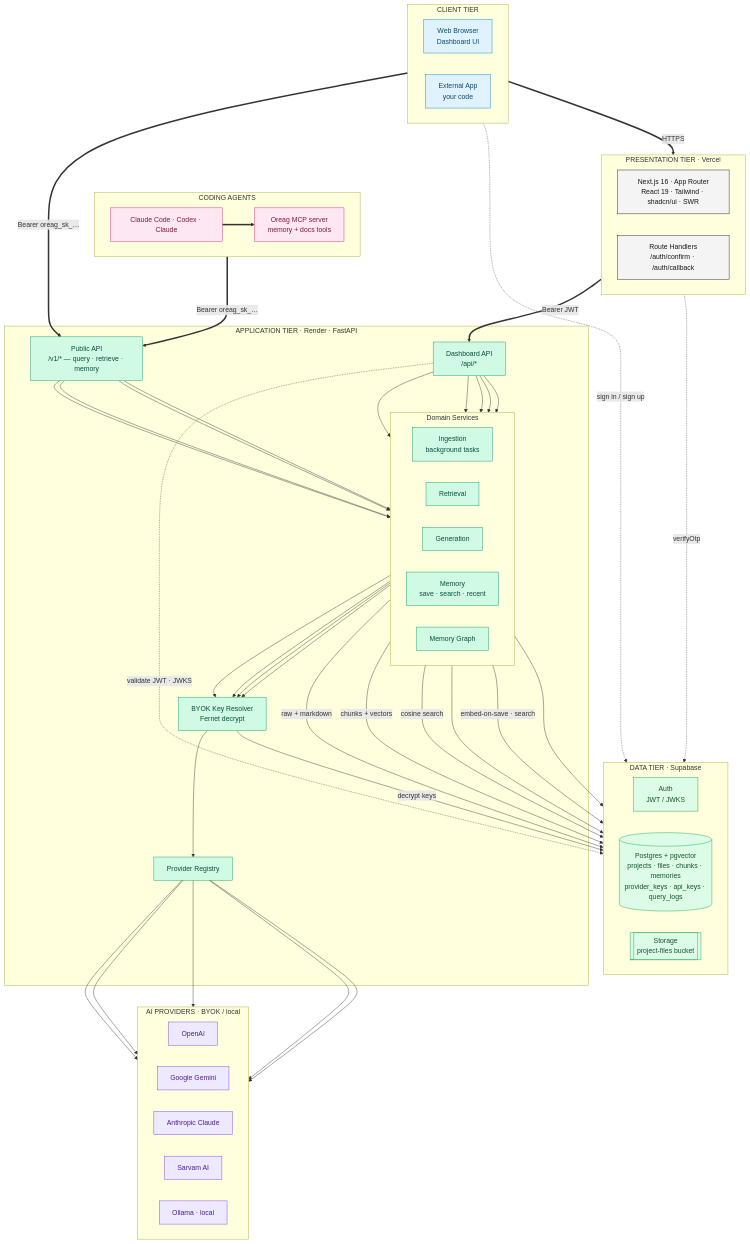
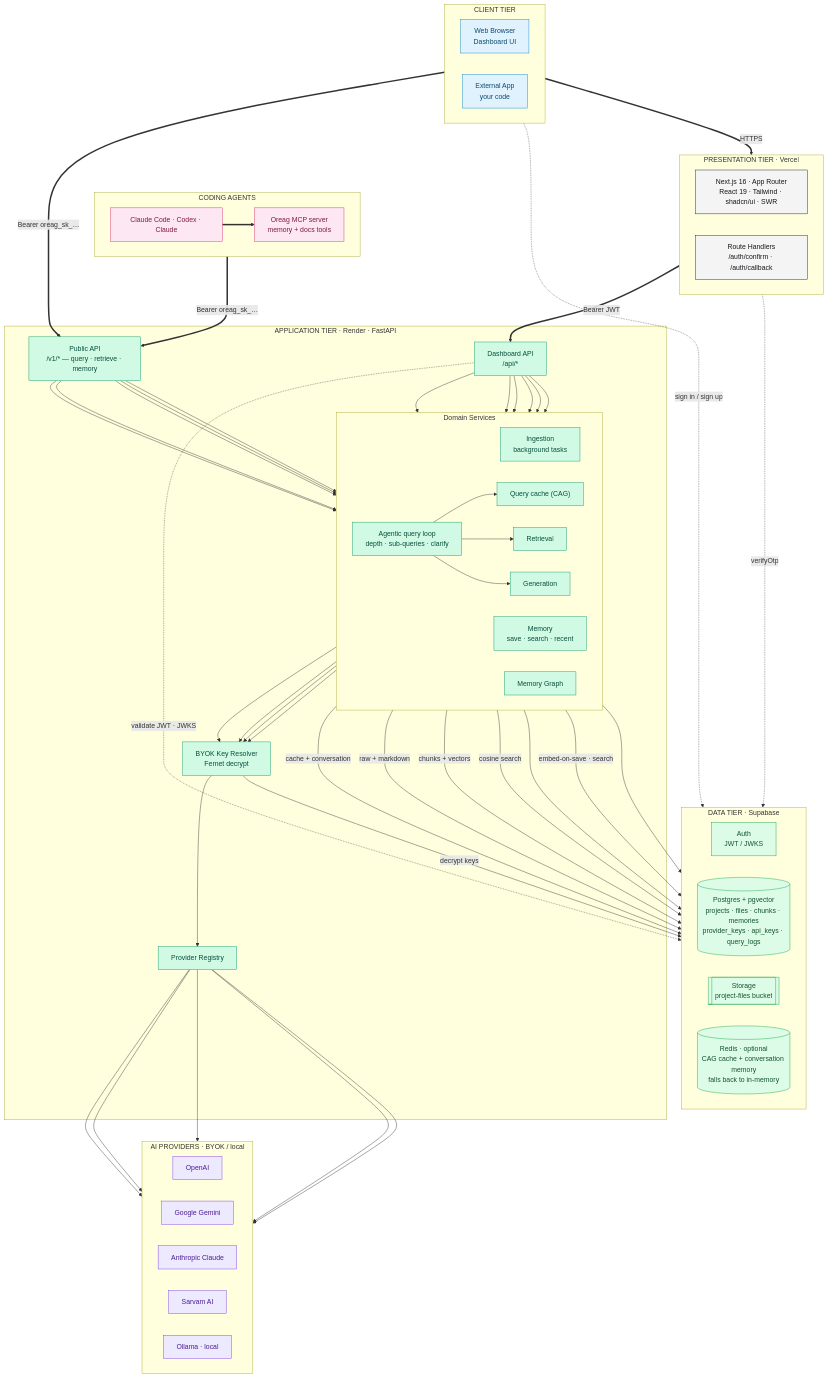
The first of 6 diagrams in FLOW.md (haroontrailblazer/Oreag), drawn with Mermaid before and after one commit. The commit also changed other lines of this file and 3 other files, not shown here.

First line of the commit message:
Enhance query endpoint with conversation memory and caching features

````diff
--- a/FLOW.md
+++ b/FLOW.md
@@ -76,6 +76,8 @@
             Ingest["Ingestion<br/>background tasks"]
             Retrieve["Retrieval"]
             Generate["Generation"]
+            Agentic["Agentic query loop<br/>depth · sub-queries · clarify"]
+            QCache["Query cache (CAG)"]
             Memory["Memory<br/>save · search · recent"]
             MemGraph["Memory Graph"]
         end
@@ -88,6 +90,7 @@
         Auth["Auth<br/>JWT / JWKS"]
         PG[("Postgres + pgvector<br/>projects · files · chunks · memories<br/>provider_keys · api_keys · query_logs")]
         Store[["Storage<br/>project-files bucket"]]
+        Redis[("Redis · optional<br/>CAG cache + conversation memory<br/>falls back to in-memory")]
     end
 
     subgraph ai["AI PROVIDERS · BYOK / local"]
@@ -112,8 +115,12 @@
     API     -.->|"validate JWT · JWKS"| Auth
 
     %% --- application fan-out ---
-    API --> Ingest & Retrieve & Generate & Memory & MemGraph
-    PublicAPI --> Retrieve & Generate & Memory & MemGraph
+    API --> Ingest & Retrieve & Generate & Agentic & Memory & MemGraph
+    PublicAPI --> Retrieve & Generate & Agentic & Memory & MemGraph
+
+    %% --- agentic query loop + CAG cache ---
+    Agentic --> QCache & Retrieve & Generate
+    QCache -->|"cache + conversation"| Redis
 
     %% --- BYOK resolution & provider calls ---
     Ingest & Retrieve & Generate & Memory --> Resolver
@@ -139,7 +146,7 @@
     class Browser,ExtApp tClient
     class Agent,MCP tAgent
     class Next,AuthRt tEdge
-    class API,PublicAPI,Ingest,Retrieve,Generate,Memory,MemGraph,Resolver,Registry tApp
-    class Auth,PG,Store tData
+    class API,PublicAPI,Ingest,Retrieve,Generate,Agentic,QCache,Memory,MemGraph,Resolver,Registry tApp
+    class Auth,PG,Store,Redis tData
     class OpenAI,Gemini,Anthropic,Sarvam,Ollama tAI
 ```
````
